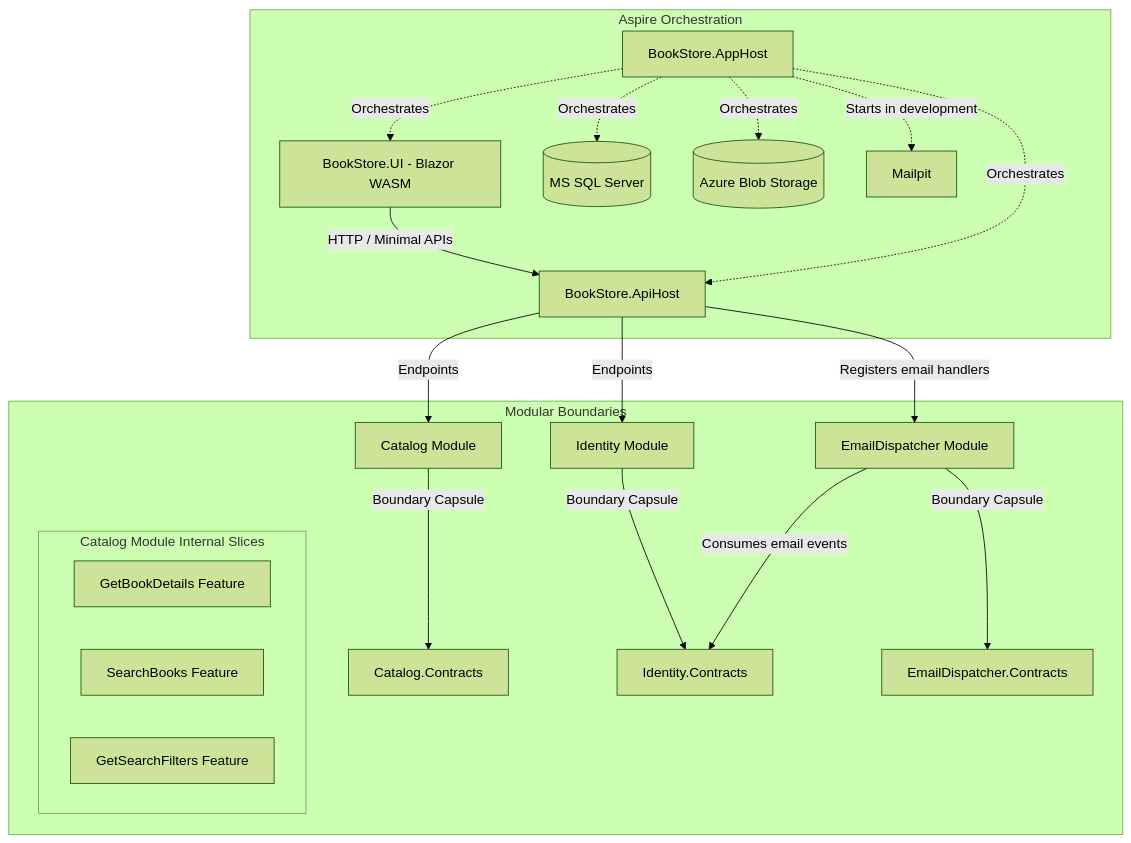
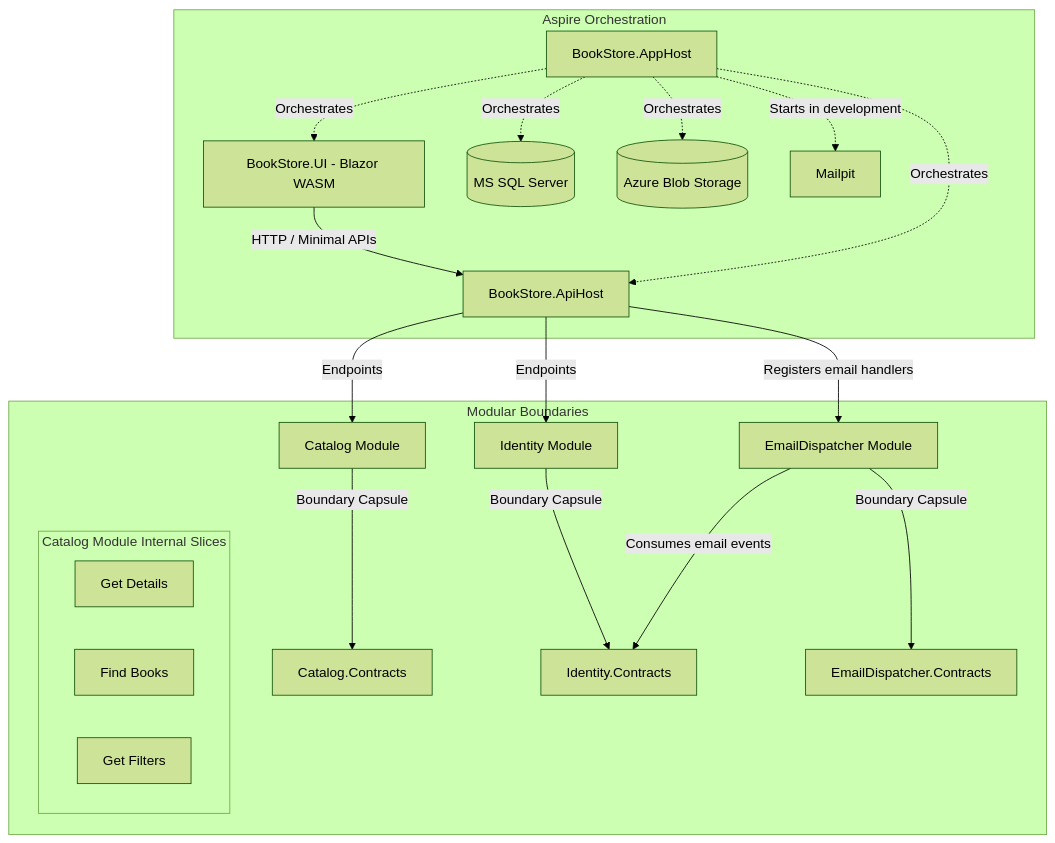
Before and after one commit to peterkovecses/BookStore: the diagram in README.md, drawn with Mermaid (forest theme). The commit also changed 38 other files, not shown here.

````diff
--- a/README.md
+++ b/README.md
@@ -23,28 +23,28 @@
 ```mermaid
 graph TD
     UI[BookStore.UI - Blazor WASM] -->|HTTP / Minimal APIs| Api[BookStore.ApiHost]
     
     subgraph Aspire Orchestration
         Host[BookStore.AppHost] -.->|Orchestrates| Api
         Host -.->|Orchestrates| UI
         Host -.->|Orchestrates| Db[(MS SQL Server)]
         Host -.->|Orchestrates| Storage[(Azure Blob Storage)]
         Host -.->|Starts in development| Mailpit[Mailpit]
     end
 
     subgraph Modular Boundaries
         Api -->|Endpoints| Catalog[Catalog Module]
         Catalog -->|Boundary Capsule| CatalogContracts[Catalog.Contracts]
         Api -->|Endpoints| Identity[Identity Module]
         Identity -->|Boundary Capsule| IdentityContracts[Identity.Contracts]
         Api -->|Registers email handlers| EmailDispatcher[EmailDispatcher Module]
         EmailDispatcher -->|Boundary Capsule| EmailContracts[EmailDispatcher.Contracts]
         EmailDispatcher -->|Consumes email events| IdentityContracts
         
         subgraph Catalog Module Internal Slices
-            GetDetails[GetBookDetails Feature]
-            Search[SearchBooks Feature]
-            Filters[GetSearchFilters Feature]
+            GetDetails[Get Details]
+            Search[Find Books]
+            Filters[Get Filters]
         end
     end
 ```
````
